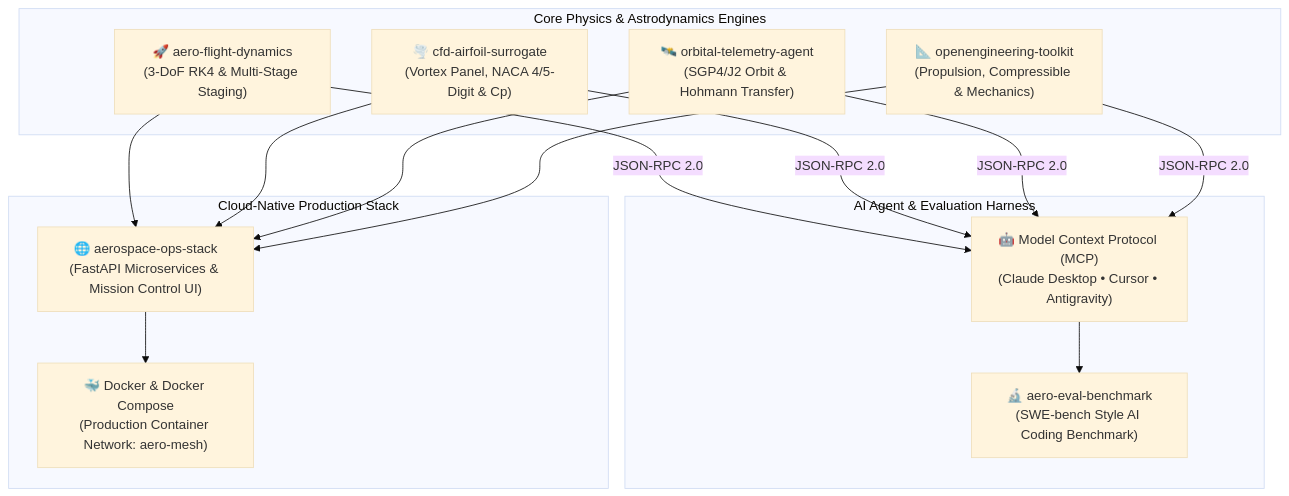
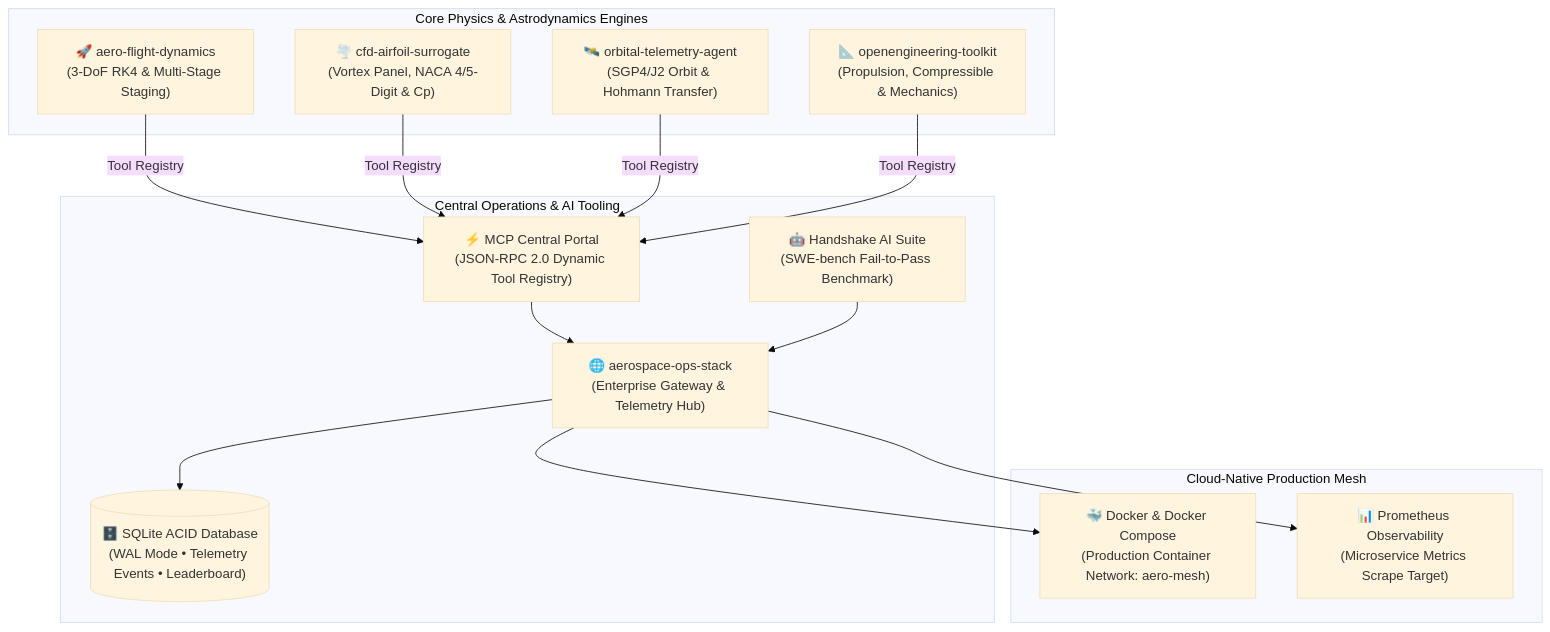
Before and after one commit to perfectalone375/perfectalone375: the diagram in README.md, drawn with Mermaid (base theme). The commit also changed other lines of this file, not shown here.

Commit message:
docs(profile): update metrics to 23 merged PRs, 180+ tests, SQLite WAL, MCP portal, and Handshake AI suite

````diff
--- a/README.md
+++ b/README.md
@@ -40,30 +40,31 @@
 ```mermaid
 graph TD
     subgraph Core Physics & Astrodynamics Engines
         AFD["🚀 aero-flight-dynamics<br/>(3-DoF RK4 & Multi-Stage Staging)"]
         CFD["🌪️ cfd-airfoil-surrogate<br/>(Vortex Panel, NACA 4/5-Digit & Cp)"]
         OTA["🛰️ orbital-telemetry-agent<br/>(SGP4/J2 Orbit & Hohmann Transfer)"]
         OET["📐 openengineering-toolkit<br/>(Propulsion, Compressible & Mechanics)"]
     end
 
-    subgraph AI Agent & Evaluation Harness
-        AEB["🔬 aero-eval-benchmark<br/>(SWE-bench Style AI Coding Benchmark)"]
-        MCP["🤖 Model Context Protocol (MCP)<br/>(Claude Desktop • Cursor • Antigravity)"]
+    subgraph Central Operations & AI Tooling
+        OPS["🌐 aerospace-ops-stack<br/>(Enterprise Gateway & Telemetry Hub)"]
+        MCP["⚡ MCP Central Portal<br/>(JSON-RPC 2.0 Dynamic Tool Registry)"]
+        HAI["🤖 Handshake AI Suite<br/>(SWE-bench Fail-to-Pass Benchmark)"]
+        DB[("🗄️ SQLite ACID Database<br/>(WAL Mode • Telemetry Events • Leaderboard)")]
     end
 
-    subgraph Cloud-Native Production Stack
-        OPS["🌐 aerospace-ops-stack<br/>(FastAPI Microservices & Mission Control UI)"]
+    subgraph Cloud-Native Production Mesh
         DOCKER["🐳 Docker & Docker Compose<br/>(Production Container Network: aero-mesh)"]
+        PROM["📊 Prometheus Observability<br/>(Microservice Metrics Scrape Target)"]
     end
 
-    AFD -->|JSON-RPC 2.0| MCP
-    CFD -->|JSON-RPC 2.0| MCP
-    OTA -->|JSON-RPC 2.0| MCP
-    OET -->|JSON-RPC 2.0| MCP
-    MCP --> AEB
-    AFD --> OPS
-    CFD --> OPS
-    OTA --> OPS
-    OET --> OPS
+    AFD -->|Tool Registry| MCP
+    CFD -->|Tool Registry| MCP
+    OTA -->|Tool Registry| MCP
+    OET -->|Tool Registry| MCP
+    MCP --> OPS
+    HAI --> OPS
+    OPS --> DB
     OPS --> DOCKER
+    OPS --> PROM
 ```
````
